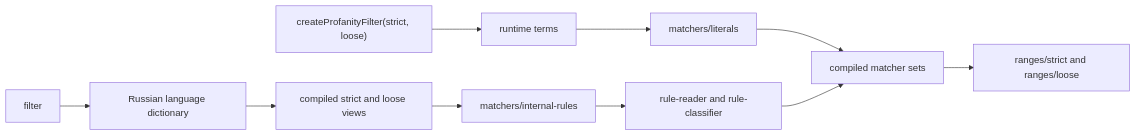
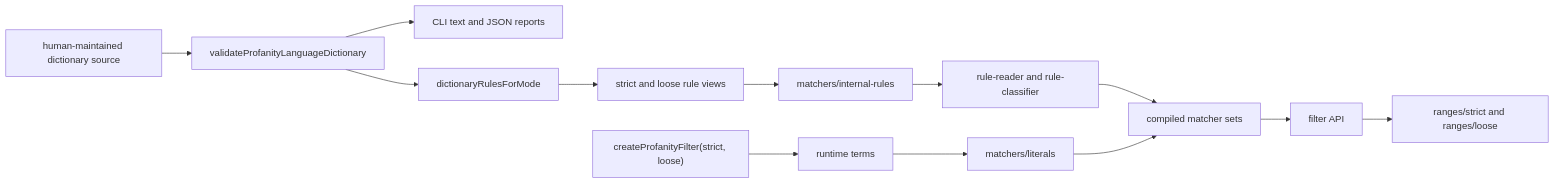
One commit to textfilters/textfilters changed the second of 4 diagrams in docs/architecture.md. Above: the diagram before and after it, drawn with Mermaid. The commit also changed other lines of this file and 8 other files, not shown here.

Commit message:
feat: establish language dictionary authoring platform

````diff
--- a/docs/architecture.md
+++ b/docs/architecture.md
@@ -47,12 +47,15 @@
 ```mermaid
 flowchart LR
-  PublicAPI["createProfanityFilter(strict, loose)"] --> RuntimeTerms["runtime terms"]
+  Source["human-maintained dictionary source"] --> Validation["validateProfanityLanguageDictionary"]
+  Validation --> CliReports["CLI text and JSON reports"]
+  Validation --> Normalization["dictionaryRulesForMode"]
+  Normalization --> Views["strict and loose rule views"]
+  Views --> InternalCompiler["matchers/internal-rules"]
+  InternalCompiler --> Reader["rule-reader and rule-classifier"]
+  Reader --> Matchers["compiled matcher sets"]
+  RuntimeAPI["createProfanityFilter(strict, loose)"] --> RuntimeTerms["runtime terms"]
   RuntimeTerms --> LiteralCompiler["matchers/literals"]
-  DefaultFilter["filter"] --> RussianDictionary["Russian language dictionary"]
-  RussianDictionary --> MatcherViews["compiled strict and loose views"]
-  MatcherViews --> InternalRules["matchers/internal-rules"]
-  InternalRules --> Reader["rule-reader and rule-classifier"]
-  LiteralCompiler --> Matchers["compiled matcher sets"]
-  Reader --> Matchers
-  Matchers --> Ranges["ranges/strict and ranges/loose"]
+  LiteralCompiler --> Matchers
+  Matchers --> PublicAPI["filter API"]
+  PublicAPI --> Ranges["ranges/strict and ranges/loose"]
 ```
````
